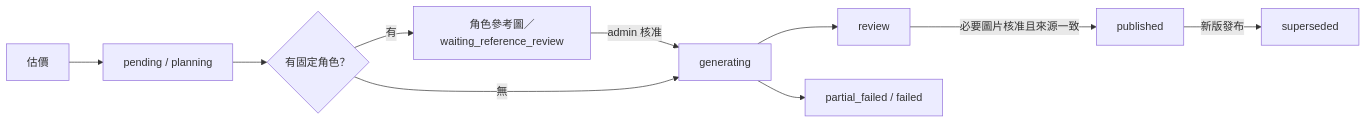
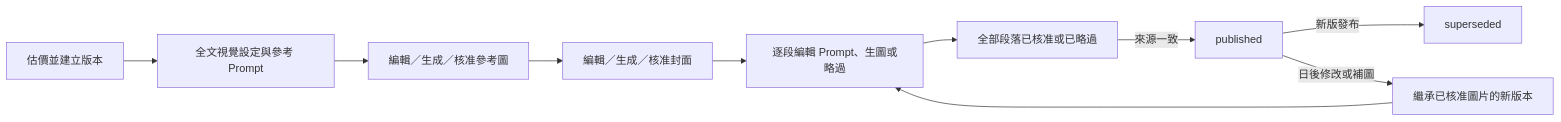
One commit to smilejos/EnglishLearning changed the second of 2 diagrams in docs/codebase-architecture.md. Above: the diagram before and after it, drawn with Mermaid. The commit also changed other lines of this file and 29 other files, not shown here.

````diff
--- a/docs/codebase-architecture.md
+++ b/docs/codebase-architecture.md
@@ -226,12 +232,12 @@
 ```mermaid
 flowchart LR
-    E[估價] --> P[pending / planning]
-    P --> C{有固定角色？}
-    C -->|有| R[角色參考圖／waiting_reference_review]
-    R -->|admin 核准| G[generating]
-    C -->|無| G
-    G --> V[review]
-    V -->|必要圖片核准且來源一致| U[published]
+    E[估價並建立版本] --> P[全文視覺設定與參考 Prompt]
+    P --> R[編輯／生成／核准參考圖]
+    R --> C[編輯／生成／核准封面]
+    C --> G[逐段編輯 Prompt、生圖或略過]
+    G --> V[全部段落已核准或已略過]
+    V -->|來源一致| U[published]
     U -->|新版發布| S[superseded]
-    G --> F[partial_failed / failed]
+    U -->|日後修改或補圖| N[繼承已核准圖片的新版本]
+    N --> G
 ```
````
